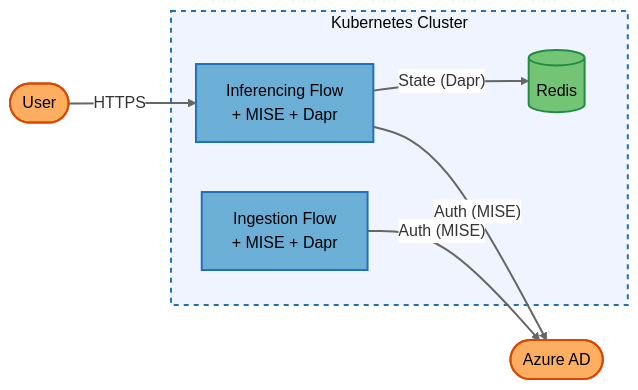
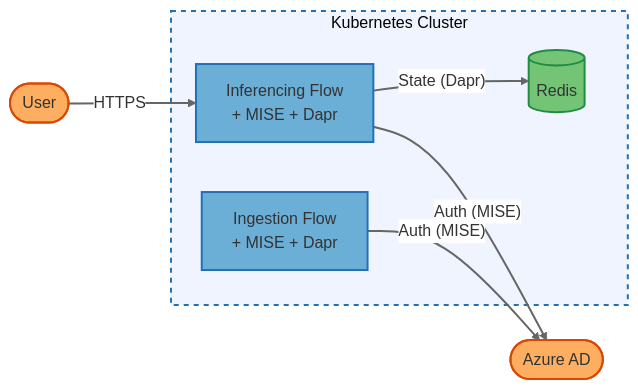
Before and after one commit to MarieLynneBlock/arcanum-artifex: the fourth of 5 diagrams in skills/security/threat-model-analyst/references/diagram-conventions.md, drawn with Mermaid. The commit also changed other lines of this file and 1067 other files, not shown here.

````diff
--- a/skills/security/threat-model-analyst/references/diagram-conventions.md
+++ b/skills/security/threat-model-analyst/references/diagram-conventions.md
@@ -356,24 +356,24 @@
 ```mermaid
 %%{init: {'theme': 'base', 'themeVariables': { 'background': '#ffffff', 'primaryColor': '#ffffff', 'lineColor': '#666666' }}}%%
 flowchart LR
-    classDef service fill:#6baed6,stroke:#2171b5,stroke-width:2px,color:#000000
-    classDef external fill:#fdae61,stroke:#d94701,stroke-width:2px,color:#000000
-    classDef datastore fill:#74c476,stroke:#238b45,stroke-width:2px,color:#000000
+    classDef service fill:#6baed6,stroke:#2171b5,stroke-width:2px,colour:#000000
+    classDef external fill:#fdae61,stroke:#d94701,stroke-width:2px,colour:#000000
+    classDef datastore fill:#74c476,stroke:#238b45,stroke-width:2px,colour:#000000
     linkStyle default stroke:#666666,stroke-width:2px
 
     User(["User"]):::external
     IdP(["Azure AD"]):::external
 
     subgraph K8s["Kubernetes Cluster"]
         Inf["Inferencing Flow<br/>+ MISE + Dapr"]:::service
         Ing["Ingestion Flow<br/>+ MISE + Dapr"]:::service
         Redis[("Redis")]:::datastore
     end
 
     User -->|"HTTPS"| Inf
     Inf -->|"Auth (MISE)"| IdP
     Ing -->|"Auth (MISE)"| IdP
     Inf -->|"State (Dapr)"| Redis
 
     style K8s fill:#f0f4ff,stroke:#2171b5,stroke-width:2px,stroke-dasharray: 5 5
 ```
````
